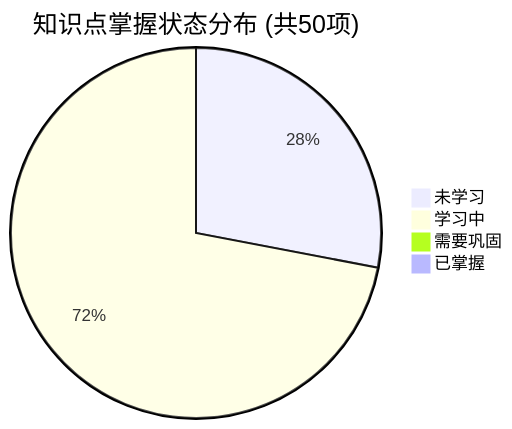
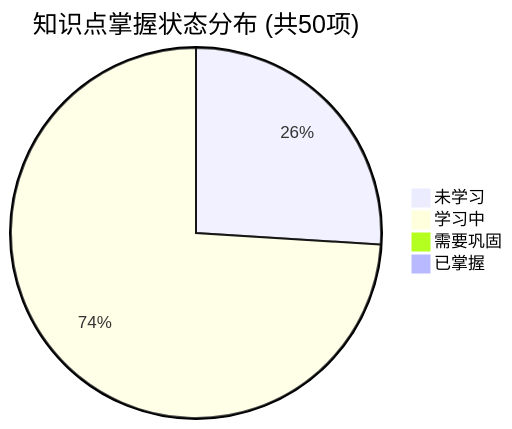
The first of 2 diagrams in PROGRESS.md (tieke1121/tech-interview-knowledge-base), drawn with Mermaid before and after one commit. The commit also changed other lines of this file and 1 other file, not shown here.

````diff
--- a/PROGRESS.md
+++ b/PROGRESS.md
@@ -23,7 +23,7 @@
 ```mermaid
 pie title 知识点掌握状态分布 (共50项)
-    "未学习" : 14
-    "学习中" : 36
+    "未学习" : 13
+    "学习中" : 37
     "需要巩固" : 0
     "已掌握" : 0
 ```
````
